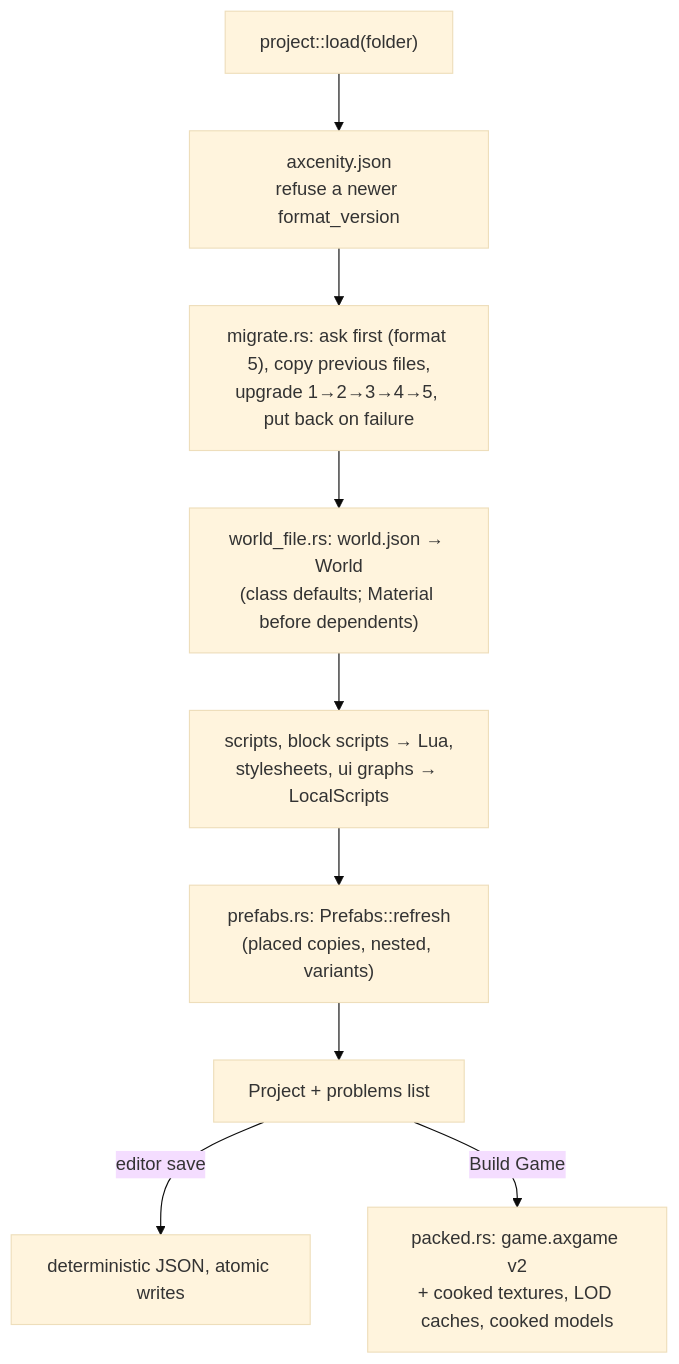
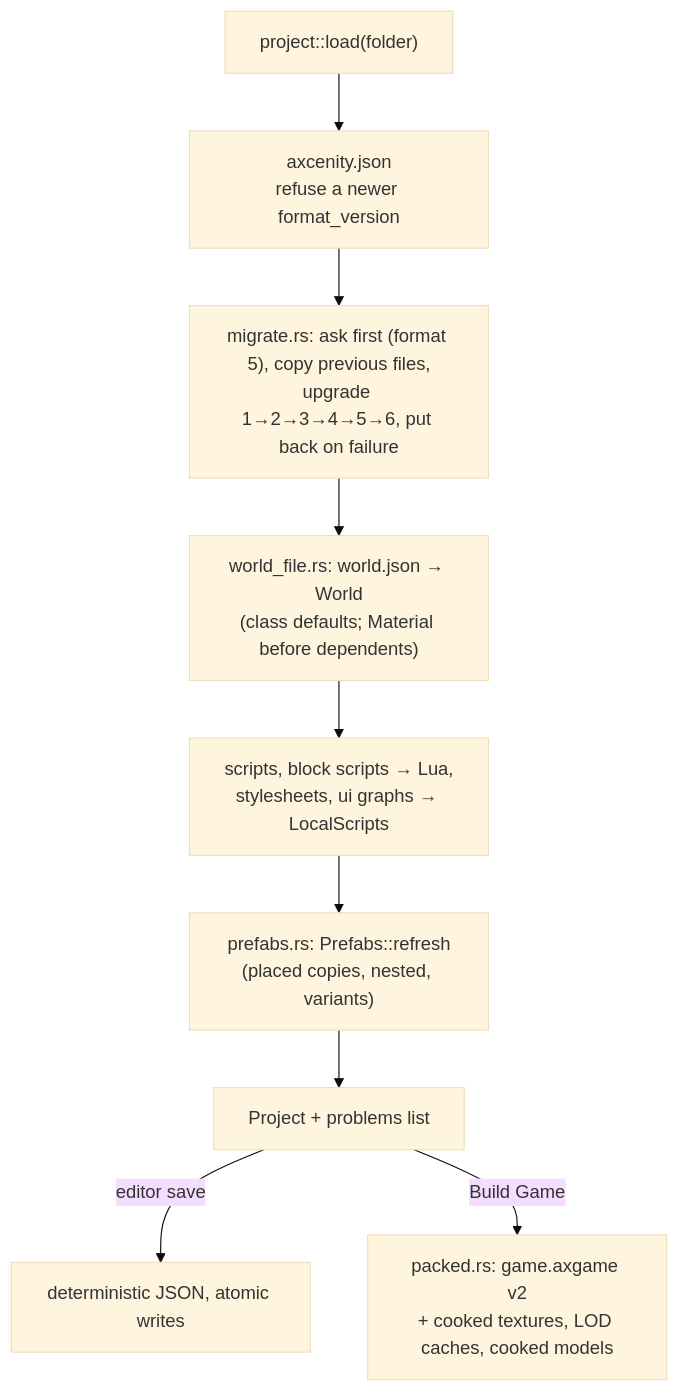
The diagram in wiki/Engine-Systems/Project-and-Serialization.md (MrBearson321/Axcenity-Engine), drawn with Mermaid (base theme) before and after one commit. The commit also changed 127 other files, not shown here.

````diff
--- a/wiki/Engine-Systems/Project-and-Serialization.md
+++ b/wiki/Engine-Systems/Project-and-Serialization.md
@@ -21,11 +21,11 @@
 ```mermaid
 flowchart TB
   LOAD["project::load(folder)"] --> MAN[axcenity.json<br/>refuse a newer format_version]
-  MAN --> MIG["migrate.rs: ask first (format 5), copy previous files,<br/>upgrade 1→2→3→4→5, put back on failure"]
+  MAN --> MIG["migrate.rs: ask first (format 5), copy previous files,<br/>upgrade 1→2→3→4→5→6, put back on failure"]
   MIG --> WF["world_file.rs: world.json → World<br/>(class defaults; Material before dependents)"]
   WF --> SCR[scripts, block scripts → Lua,<br/>stylesheets, ui graphs → LocalScripts]
   SCR --> PF["prefabs.rs: Prefabs::refresh<br/>(placed copies, nested, variants)"]
   PF --> P[Project + problems list]
   P -->|editor save| SAVE[deterministic JSON, atomic writes]
   P -->|Build Game| PACK["packed.rs: game.axgame v2<br/>+ cooked textures, LOD caches, cooked models"]
 ```
````
